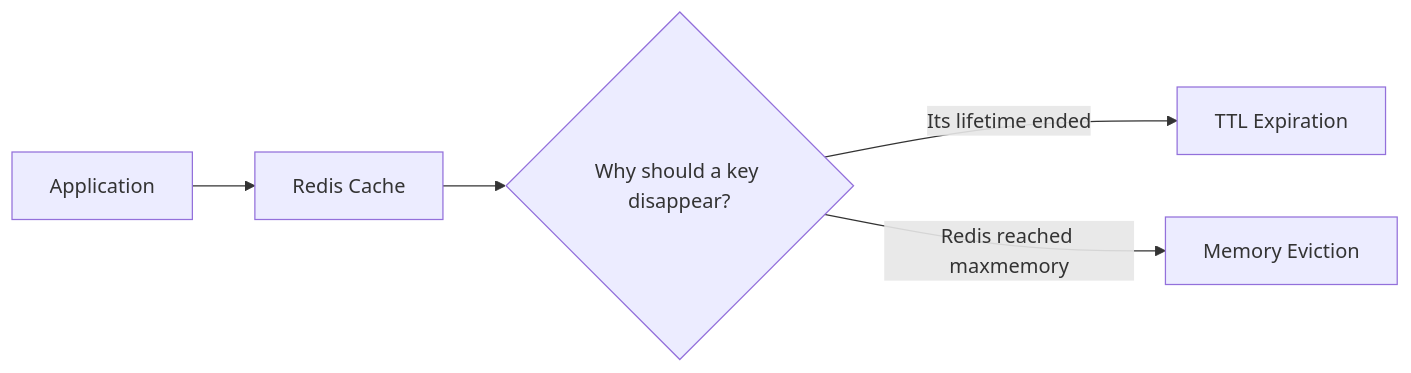
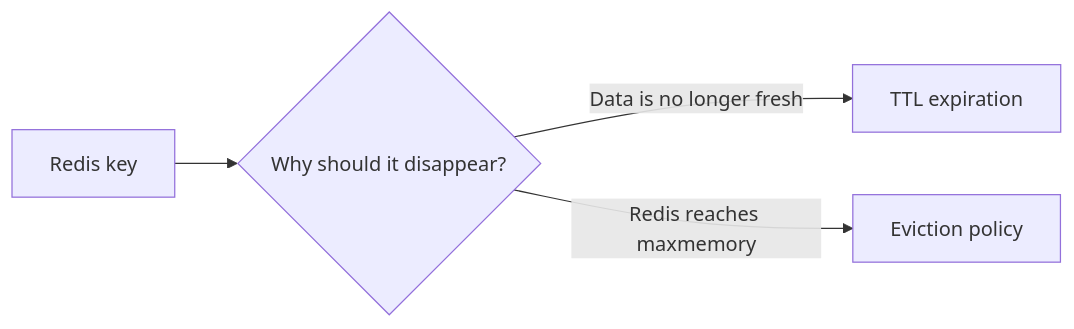
Before and after one commit to AvadhBhalodiya/Interview-Preparation: the first of 9 diagrams in src/content/caching/ttl-eviction-policies.md, drawn with Mermaid. The commit also changed other lines of this file and 54 other files, not shown here.

````diff
--- a/src/content/caching/ttl-eviction-policies.md
+++ b/src/content/caching/ttl-eviction-policies.md
@@ -61,7 +25,6 @@
 ```mermaid
 flowchart LR
-    A[Application] --> B[Redis Cache]
-    B --> C{Why should a key disappear?}
-    C -->|Its lifetime ended| D[TTL Expiration]
-    C -->|Redis reached maxmemory| E[Memory Eviction]
+    A[Redis key] --> B{Why should it disappear?}
+    B -->|Data is no longer fresh| C[TTL expiration]
+    B -->|Redis reaches maxmemory| D[Eviction policy]
 ```
````
